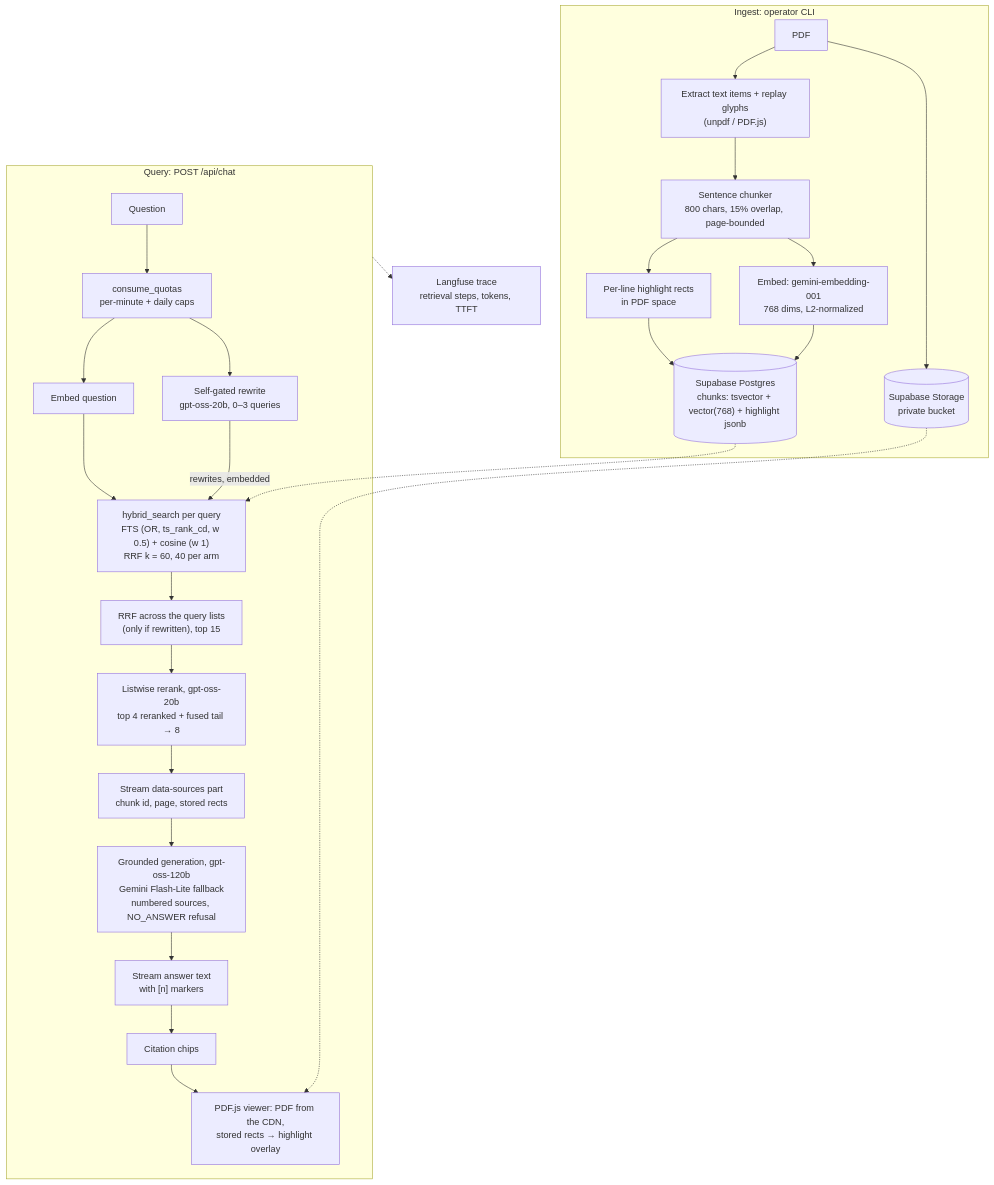
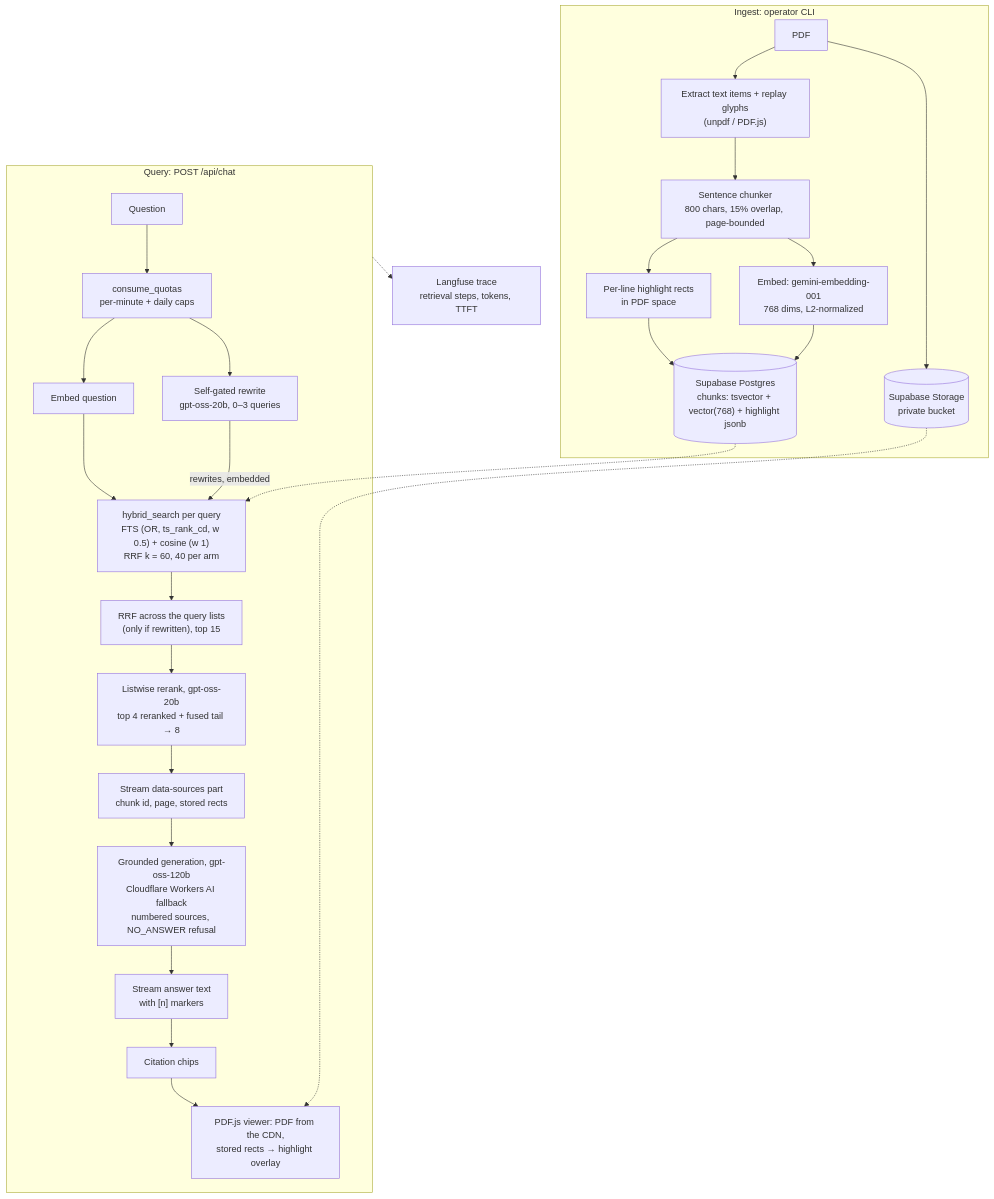
Before and after one commit to elbay-malik/TruthBase: the diagram in README.md, drawn with Mermaid. The commit also changed other lines of this file and 18 other files, not shown here.

Commit message:
feat: answer fallback on Cloudflare Workers AI and a privacy page

````diff
--- a/README.md
+++ b/README.md
@@ -43,31 +43,31 @@
 ```mermaid
 flowchart TD
   subgraph Ingest["Ingest: operator CLI"]
     PDF["PDF"] --> EXT["Extract text items + replay glyphs<br/>(unpdf / PDF.js)"]
     EXT --> CHUNK["Sentence chunker<br/>800 chars, 15% overlap, page-bounded"]
     CHUNK --> RECTS["Per-line highlight rects<br/>in PDF space"]
     CHUNK --> EMB1["Embed: gemini-embedding-001<br/>768 dims, L2-normalized"]
     RECTS --> DB[("Supabase Postgres<br/>chunks: tsvector + vector(768) + highlight jsonb")]
     EMB1 --> DB
     PDF --> ST[("Supabase Storage<br/>private bucket")]
   end
 
   subgraph Query["Query: POST /api/chat"]
     Q["Question"] --> QUOTA["consume_quotas<br/>per-minute + daily caps"]
     QUOTA --> EMB2["Embed question"]
     QUOTA --> RW["Self-gated rewrite<br/>gpt-oss-20b, 0–3 queries"]
     EMB2 --> HS["hybrid_search per query<br/>FTS (OR, ts_rank_cd, w 0.5) + cosine (w 1)<br/>RRF k = 60, 40 per arm"]
     RW -->|"rewrites, embedded"| HS
     HS --> FUSE["RRF across the query lists<br/>(only if rewritten), top 15"]
     FUSE --> RR["Listwise rerank, gpt-oss-20b<br/>top 4 reranked + fused tail → 8"]
     RR --> SRC["Stream data-sources part<br/>chunk id, page, stored rects"]
-    SRC --> GEN["Grounded generation, gpt-oss-120b<br/>Gemini Flash-Lite fallback<br/>numbered sources, NO_ANSWER refusal"]
+    SRC --> GEN["Grounded generation, gpt-oss-120b<br/>Cloudflare Workers AI fallback<br/>numbered sources, NO_ANSWER refusal"]
     GEN --> TXT["Stream answer text<br/>with [n] markers"]
     TXT --> CHIP["Citation chips"]
     CHIP --> VIEW["PDF.js viewer: PDF from the CDN,<br/>stored rects → highlight overlay"]
   end
 
   DB -.-> HS
   ST -.-> VIEW
   Query -.-> LF["Langfuse trace<br/>retrieval steps, tokens, TTFT"]
 ```
````
